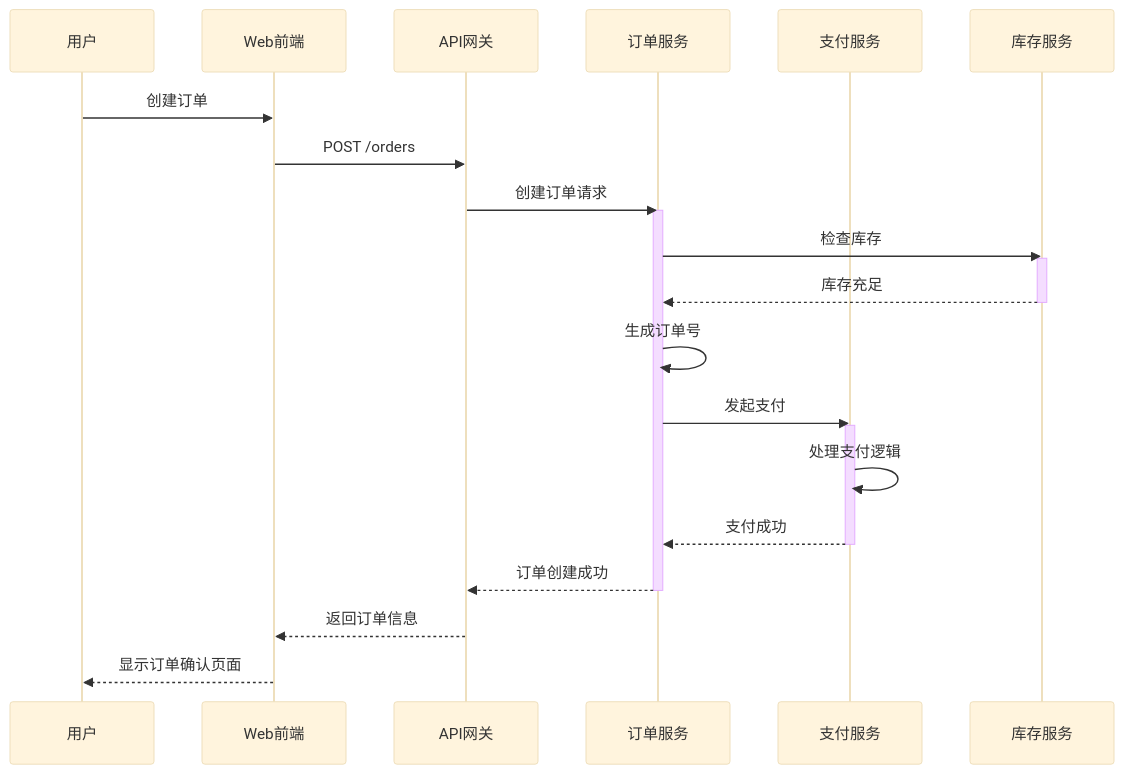
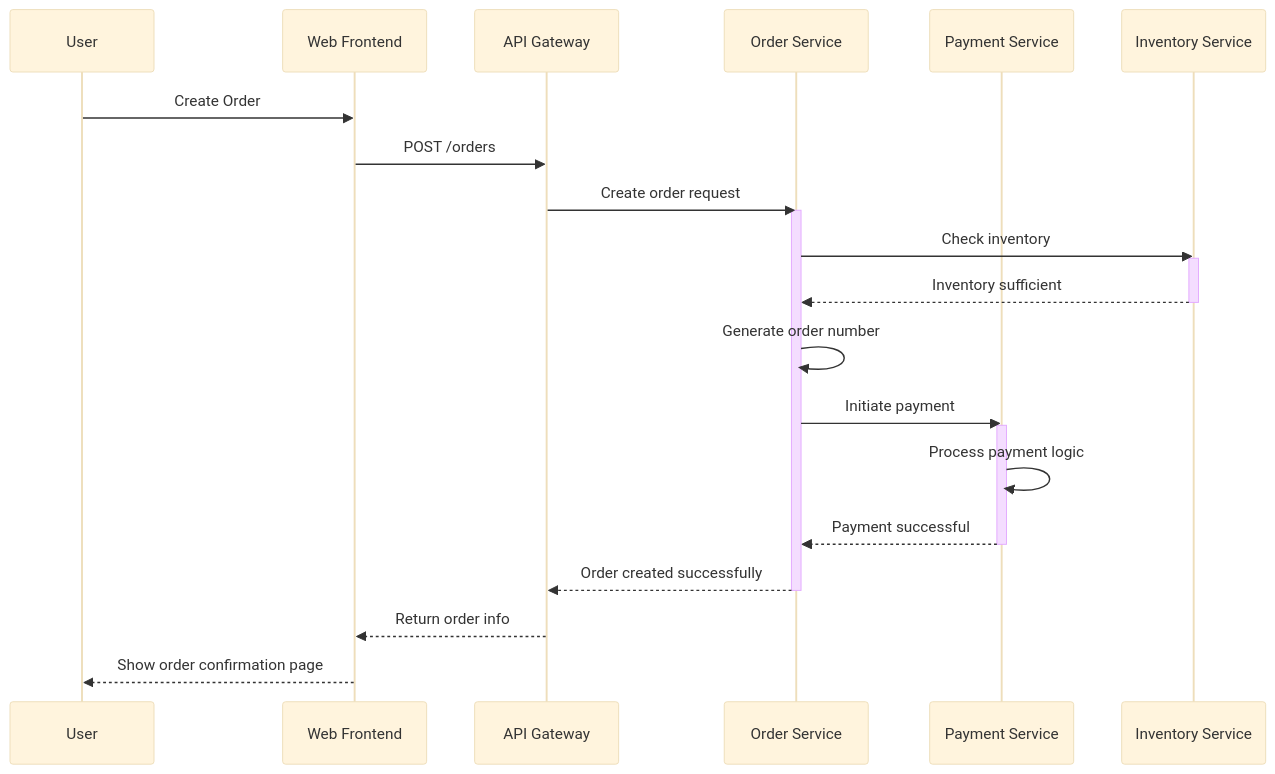
One commit to sleetish/md2visio-gui changed the second of 5 diagrams in md2visio/test/sequence.md. Above: the diagram before and after it, drawn with Mermaid (base theme). The commit also changed other lines of this file and 11 other files, not shown here.

````diff
--- a/md2visio/test/sequence.md
+++ b/md2visio/test/sequence.md
@@ -27,32 +27,32 @@
 ```mermaid
 sequenceDiagram
-    participant user as 用户
-    participant web as Web前端
-    participant api as API网关
-    participant order as 订单服务
-    participant payment as 支付服务
-    participant inventory as 库存服务
+    participant user as User
+    participant web as Web Frontend
+    participant api as API Gateway
+    participant order as Order Service
+    participant payment as Payment Service
+    participant inventory as Inventory Service
 
-    user->>web: 创建订单
+    user->>web: Create Order
     web->>api: POST /orders
-    api->>order: 创建订单请求
+    api->>order: Create order request
     
     activate order
-    order->>inventory: 检查库存
+    order->>inventory: Check inventory
     activate inventory
-    inventory-->>order: 库存充足
+    inventory-->>order: Inventory sufficient
     deactivate inventory
     
-    order->>order: 生成订单号
-    order->>payment: 发起支付
+    order->>order: Generate order number
+    order->>payment: Initiate payment
     
     activate payment
-    payment->>payment: 处理支付逻辑
-    payment-->>order: 支付成功
+    payment->>payment: Process payment logic
+    payment-->>order: Payment successful
     deactivate payment
     
-    order-->>api: 订单创建成功
+    order-->>api: Order created successfully
     deactivate order
-    api-->>web: 返回订单信息
-    web-->>user: 显示订单确认页面
+    api-->>web: Return order info
+    web-->>user: Show order confirmation page
 ```
````
